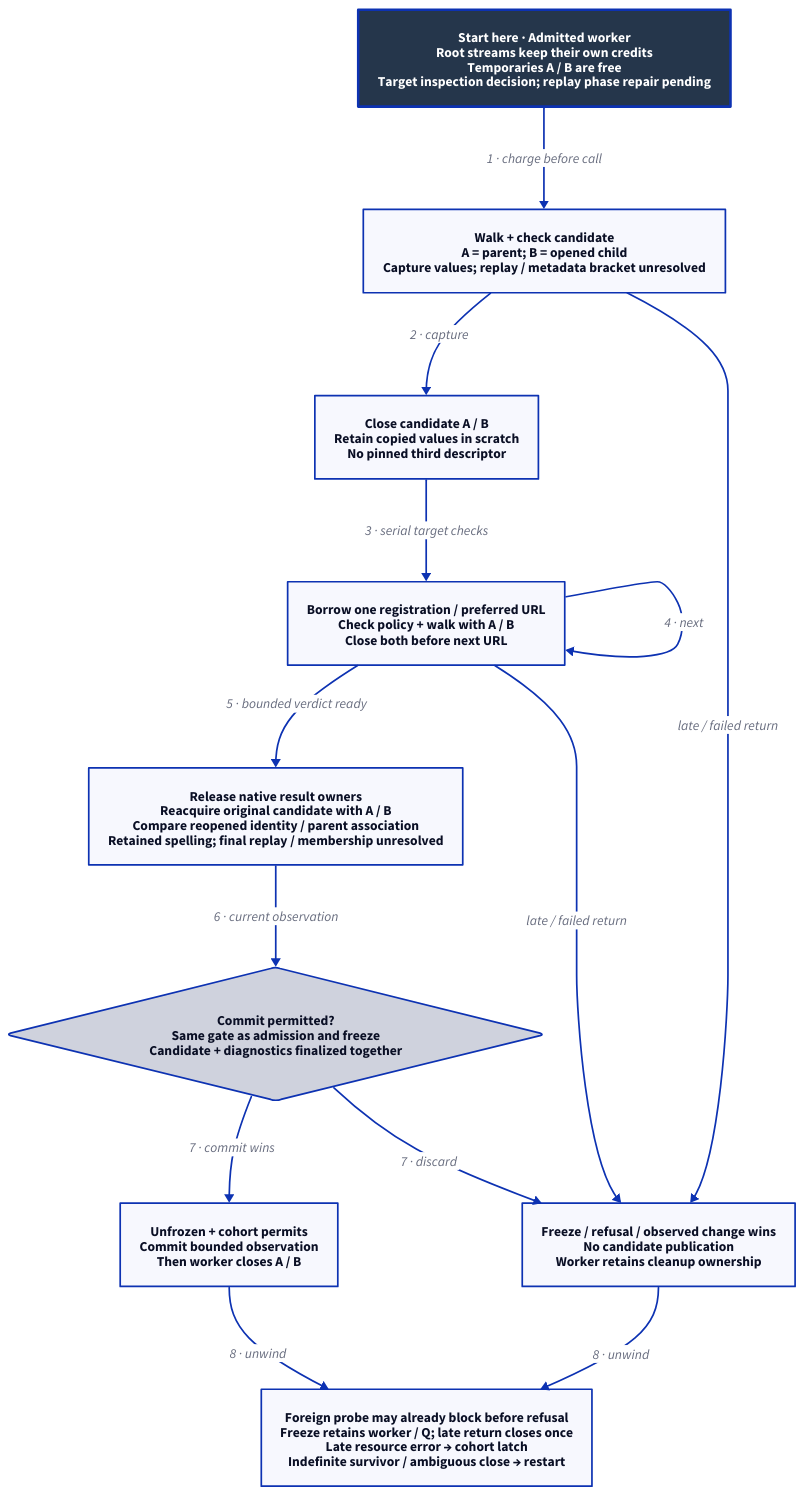
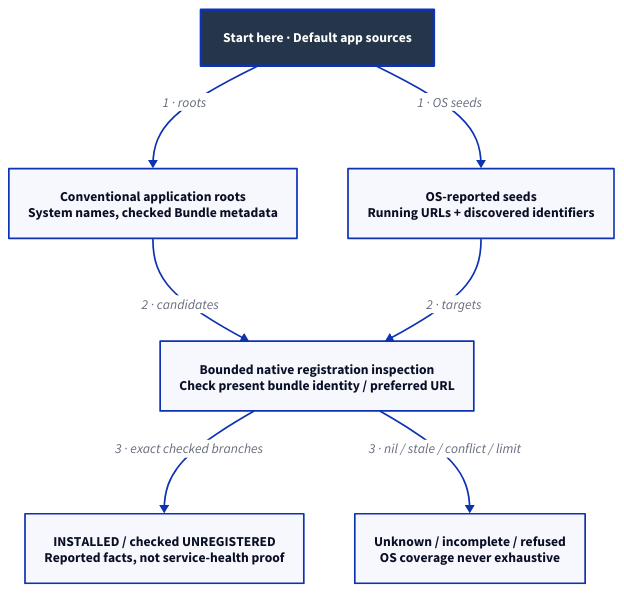
Before and after one commit to Linkuistics/Koine: the diagram in docs/design/architecture/search-inspection.d2, drawn with D2. The commit also changed 142 other files, not shown here.

```diff
--- a/docs/design/architecture/search-inspection.d2
+++ b/docs/design/architecture/search-inspection.d2
@@ -1,26 +1,17 @@
-# k119 constraints; region replay/metadata composition is incomplete.
+# Selected mechanism, subject to human choices/review/native acceptance.
 direction: down
 classes: {
   start: {style: {fill: "#25364B"; font-color: "#FFFFFF"; bold: true; stroke-width: 3}}
 }
-Start: "Start here · Admitted worker\nRoot streams keep their own credits\nTemporaries A / B are free\nTarget inspection decision; replay phase repair pending" {class: start}
-Candidate: "Walk + check candidate\nA = parent; B = opened child\nCapture values; replay / metadata bracket unresolved"
-Release: "Close candidate A / B\nRetain copied values in scratch\nNo pinned third descriptor"
-Targets: "Borrow one registration / preferred URL\nCheck policy + walk with A / B\nClose both before next URL"
-Recheck: "Release native result owners\nReacquire original candidate with A / B\nCompare reopened identity / parent association\nRetained spelling; final replay / membership unresolved"
-Gate: "Commit permitted?\nSame gate as admission and freeze\nCandidate + diagnostics finalized together" {shape: diamond}
-Commit: "Unfrozen + cohort permits\nCommit bounded observation\nThen worker closes A / B"
-Discard: "Freeze / refusal / observed change wins\nNo candidate publication\nWorker retains cleanup ownership"
-Cleanup: "Foreign probe may already block before refusal\nFreeze retains worker / Q; late return closes once\nLate resource error → cohort latch\nIndefinite survivor / ambiguous close → restart"
-Start -> Candidate: "1 · charge before call"
-Candidate -> Release: "2 · capture"
-Release -> Targets: "3 · serial target checks"
-Targets -> Targets: "4 · next"
-Targets -> Recheck: "5 · bounded verdict ready"
-Recheck -> Gate: "6 · current observation"
-Gate -> Commit: "7 · commit wins"
-Gate -> Discard: "7 · discard"
-Candidate -> Discard: "late / failed return"
-Targets -> Discard: "late / failed return"
-Commit -> Cleanup: "8 · unwind"
-Discard -> Cleanup: "8 · unwind"
+Start: "Start here · Default app sources" {class: start}
+Roots: "Conventional application roots\nSystem names, checked Bundle metadata"
+Seeds: "OS-reported seeds\nRunning URLs + discovered identifiers"
+Inspect: "Bounded native registration inspection\nCheck present bundle identity / preferred URL"
+Positive: "INSTALLED / checked UNREGISTERED\nReported facts, not service-health proof"
+Unknown: "Unknown / incomplete / refused\nOS coverage never exhaustive"
+Start -> Roots: "1 · roots"
+Start -> Seeds: "1 · OS seeds"
+Roots -> Inspect: "2 · candidates"
+Seeds -> Inspect: "2 · targets"
+Inspect -> Positive: "3 · exact checked branches"
+Inspect -> Unknown: "3 · nil / stale / conflict / limit"
```
